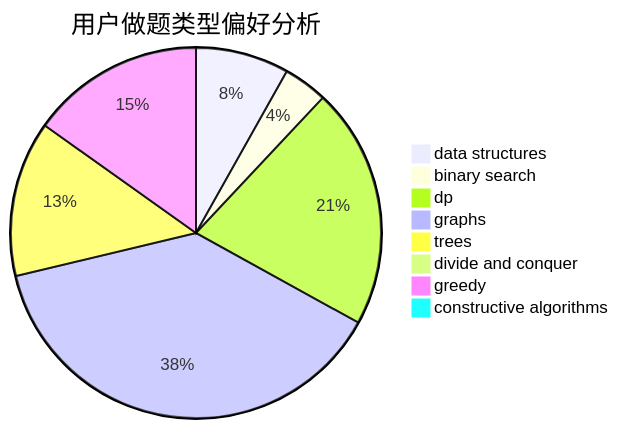
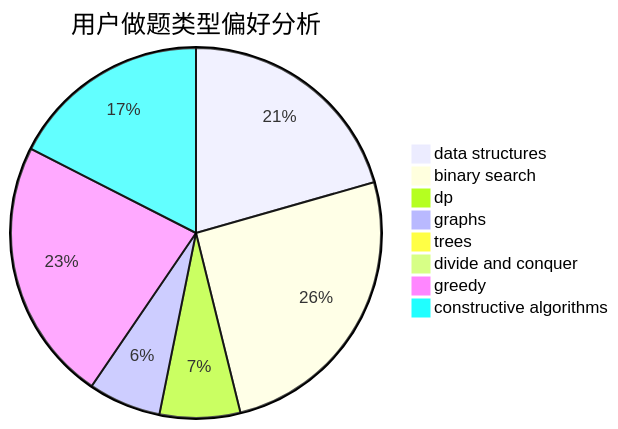
The second of 3 diagrams in docs/user/u578.md (sherpahu/cfrs.github.io), drawn with Mermaid before and after one commit. The commit also changed other lines of this file and 2770 other files, not shown here.

````diff
--- a/docs/user/u578.md
+++ b/docs/user/u578.md
@@ -23,11 +23,11 @@
 ```mermaid
 pie title 用户做题类型偏好分析
-    "data structures" :  36
-    "binary search" :  17
-    "dp" :  93
-    "graphs" :  169
-    "trees" :  60
+    "data structures" :  120
+    "binary search" :  149
+    "dp" :  41
+    "graphs" :  37
+    "trees" :  0
     "divide and conquer" :  0
-    "greedy" :  67
-    "constructive algorithms" :  4
+    "greedy" :  134
+    "constructive algorithms" :  102
 ```
````
